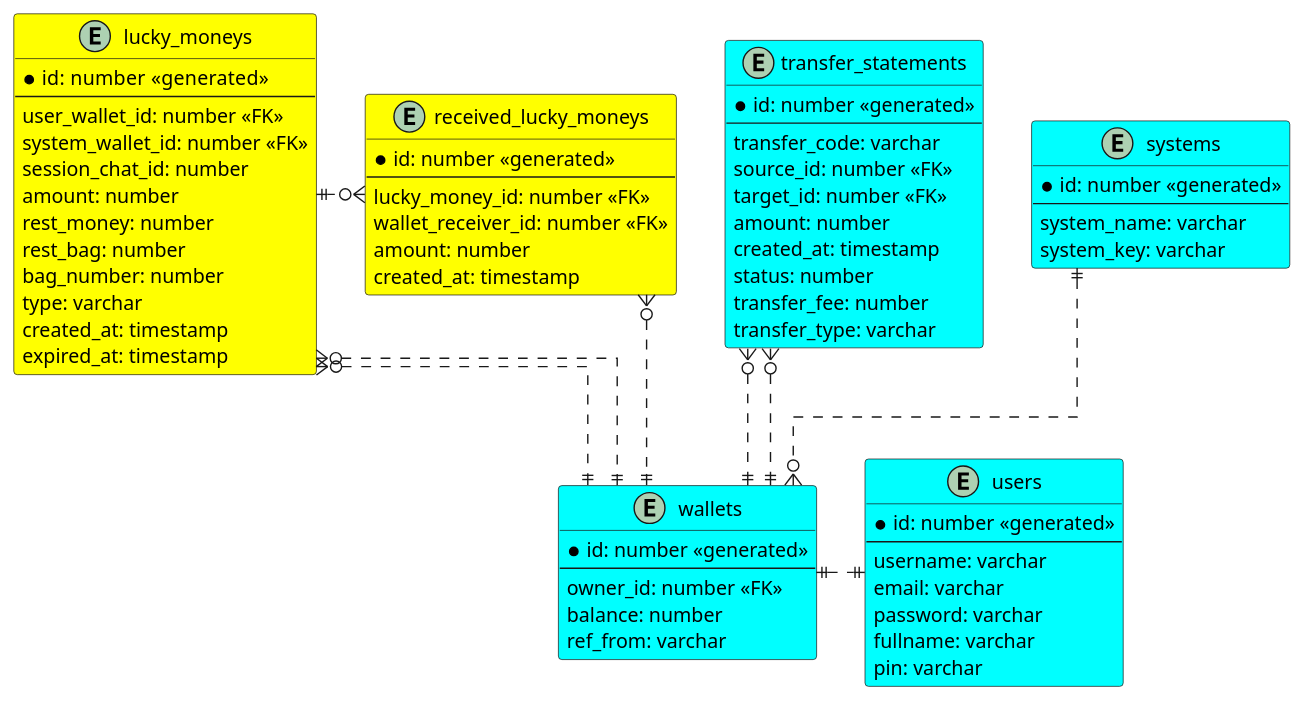
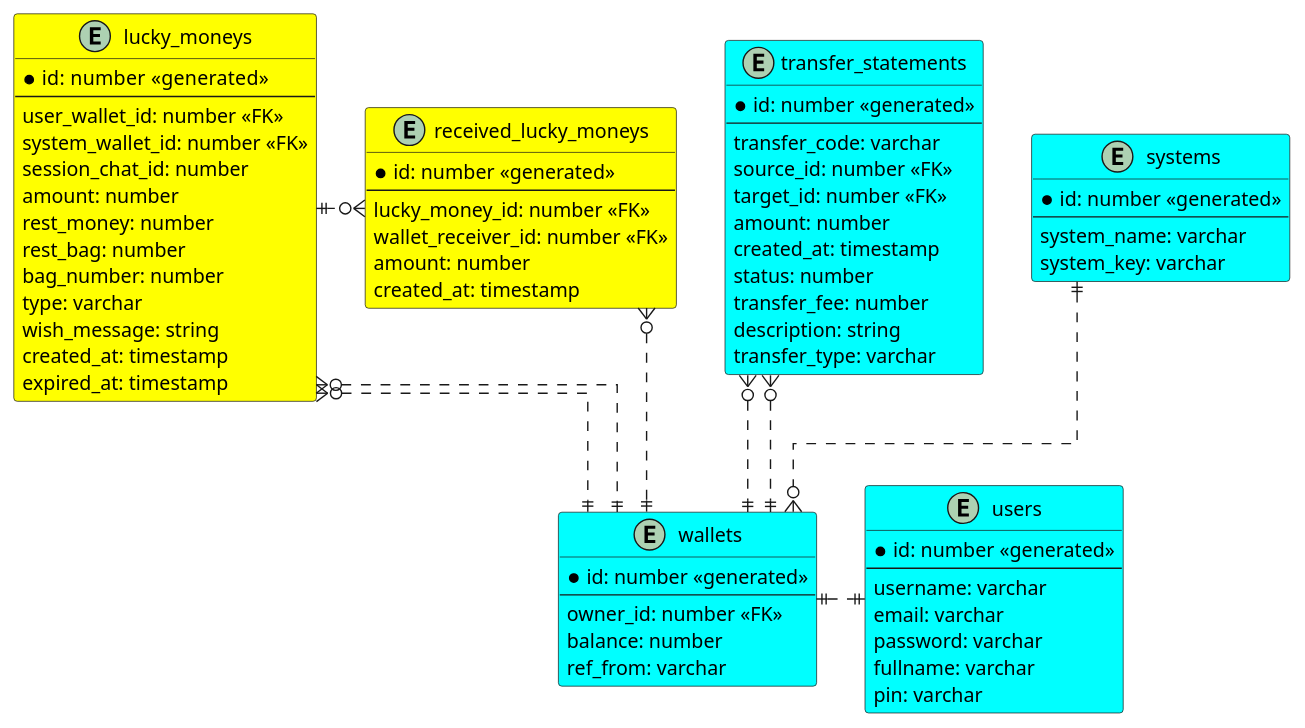
One commit to ntan1902/hey-app changed the diagram in documents/uml/system design/database_diagram.puml. Above: the diagram before and after it, drawn with PlantUML. The commit also changed 1 other file, not shown here.

Commit message:
update database diagram

```diff
--- a/documents/uml/system design/database_diagram.puml
+++ b/documents/uml/system design/database_diagram.puml
@@ -2,100 +2,102 @@
 @startuml
 
 ' hide the spot
 ' hide circle
 
 ' avoid problems with angled crows feet
 skinparam linetype ortho
 
 entity "users" as users #Aqua{
     *id: number <<generated>>
     --
     username: varchar
     email: varchar
     password: varchar
     fullname: varchar
     pin: varchar
 }
 
 ' LuckyMoney Service: 
 ' - service_name: LuckyMoney
 ' - service_key: 
 ' ----> Request Auth Service -> JWToken Service 
 ' LuckyMoney vS Payment 
 ' LuckyMoney ----> Request Auth Service -> JWToken Service
 ' LuckyMoney dùng JWToken vừa có để request danh sách  wallets của nó
 ' sử dụng list wallets này ntn thì tuỳ nó 
 
 ' LuckyMoney request lên payment chuyển tiền. Tới... với cái
 ' wallet id nào của nó  
 
 entity "systems" #Aqua{
     *id: number <<generated>>
     --
     system_name: varchar
     system_key: varchar
 }
 
 
 entity "wallets" as wallets #Aqua{
     *id: number <<generated>>
     --
     owner_id: number <<FK>>
     balance: number    
     ref_from: varchar
 }
 
 entity "transfer_statements" as transfer_statements #Aqua {
     *id: number <<generated>>
     --
     transfer_code: varchar
     source_id: number <<FK>>
     target_id: number <<FK>>
     amount: number
     created_at: timestamp
     status: number
     transfer_fee: number
+    description: string
     transfer_type: varchar
 }
 
 entity "lucky_moneys" as lucky_moneys #Yellow{
     *id: number  <<generated>>
     --
     user_wallet_id: number <<FK>>
     system_wallet_id: number <<FK>>
     session_chat_id: number
     amount: number
     rest_money: number
     rest_bag: number
     bag_number: number
     type: varchar
+    wish_message: string
     created_at: timestamp
     expired_at: timestamp
 }
 
 entity "received_lucky_moneys" as received_luckey_moneys #Yellow{
     *id: number <<generated>>
     --
     lucky_money_id: number <<FK>>
     wallet_receiver_id: number <<FK>>
     amount: number
     created_at: timestamp
 }
 
 wallets ||.up.o{ transfer_statements
 wallets ||.up.o{ transfer_statements
 
 wallets ||.up.o{ lucky_moneys
 wallets ||.up.o{ lucky_moneys
 
 wallets ||.up.o{ received_luckey_moneys
 
 users ||.left.|| wallets
 
 systems ||..o{ wallets
 
 
 lucky_moneys ||.right.o{ received_luckey_moneys
 
 
 @enduml
```
